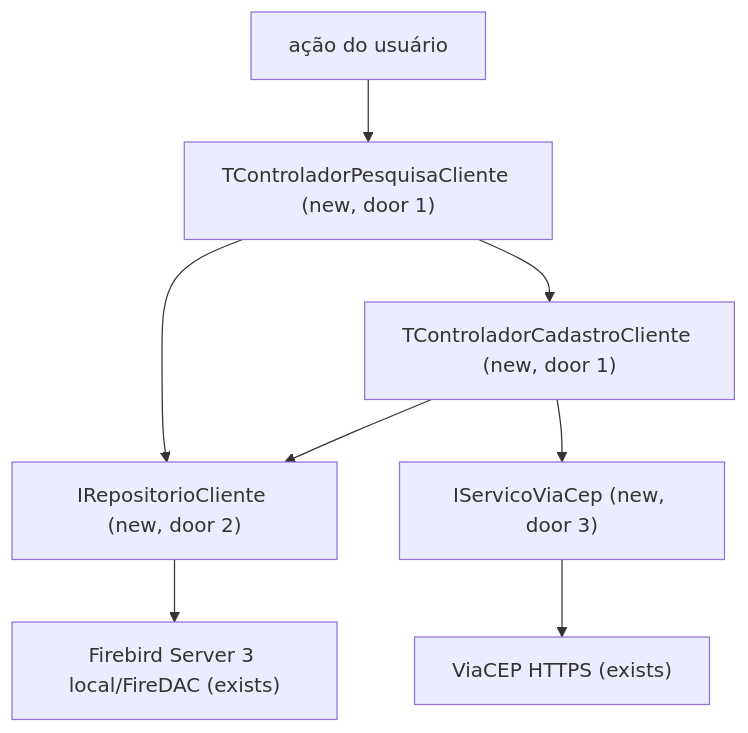
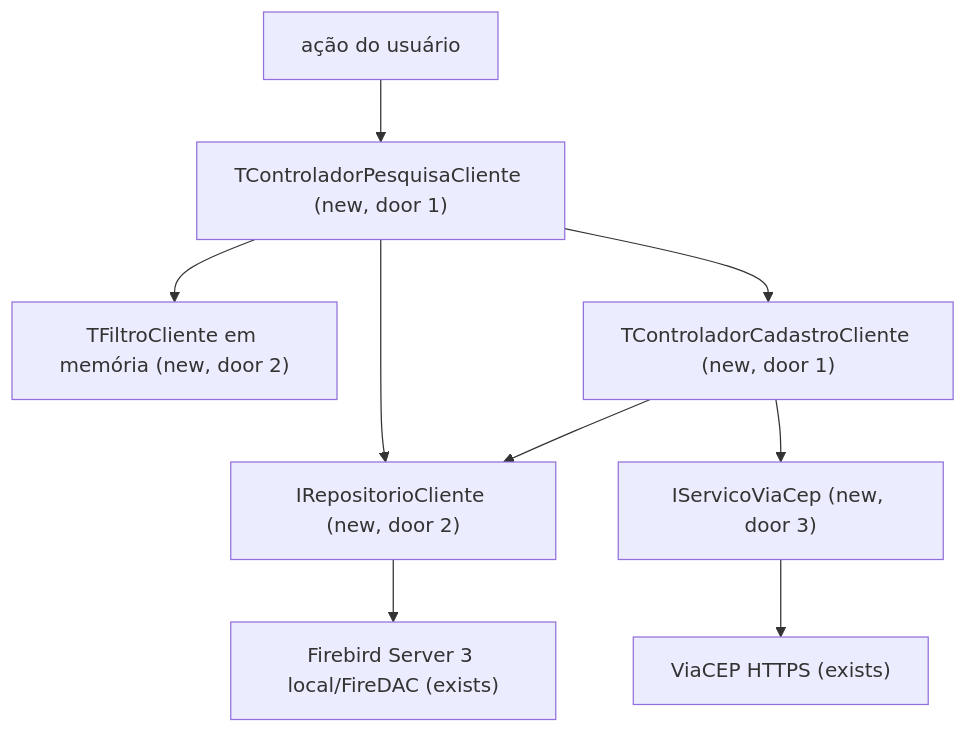
Before and after one commit to jsousaliz/cadcli: the first of 2 diagrams in .specs/features/parte-03-clientes-crud/plan.md, drawn with Mermaid. The commit also changed other lines of this file and 2 other files, not shown here.

````diff
--- a/.specs/features/parte-03-clientes-crud/plan.md
+++ b/.specs/features/parte-03-clientes-crud/plan.md
@@ -13,10 +13,11 @@
 ```mermaid
 flowchart TD
     IN["ação do usuário"] --> P["TControladorPesquisaCliente (new, door 1)"]
+    P --> F["TFiltroCliente em memória (new, door 2)"]
     P --> R["IRepositorioCliente (new, door 2)"]
     P --> C["TControladorCadastroCliente (new, door 1)"]
     C --> V["IServicoViaCep (new, door 3)"]
     C --> R
     R --> DB["Firebird Server 3 local/FireDAC (exists)"]
     V --> API["ViaCEP HTTPS (exists)"]
 ```
````
